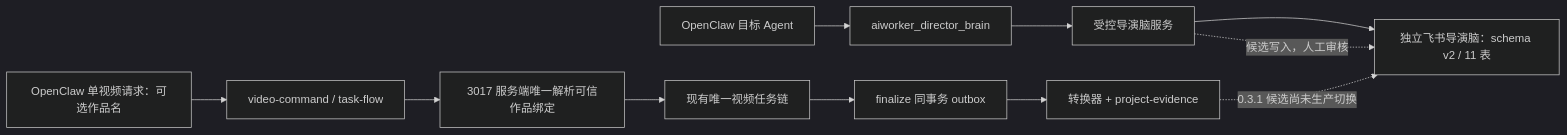
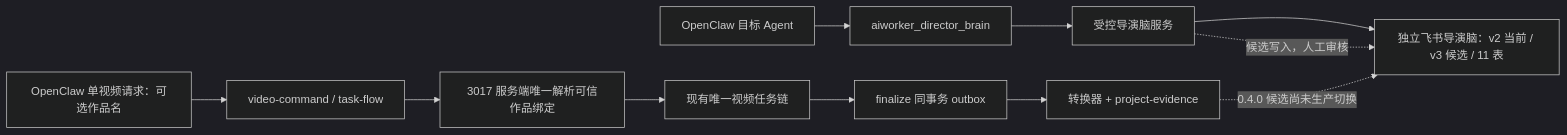
Before and after one commit to MAKingljx/video-autoworker: the first of 2 diagrams in docs/architecture/director-brain.md, drawn with Mermaid (dark theme). The commit also changed other lines of this file and 123 other files, not shown here.

````diff
--- a/docs/architecture/director-brain.md
+++ b/docs/architecture/director-brain.md
@@ -60,13 +62,13 @@
 ```mermaid
 flowchart LR
   U["OpenClaw 目标 Agent"] --> T["aiworker_director_brain"]
   T --> S["受控导演脑服务"]
-  S --> B["独立飞书导演脑：schema v2 / 11 表"]
+  S --> B["独立飞书导演脑：v2 当前 / v3 候选 / 11 表"]
   S -. "候选写入，人工审核" .-> B
   Q["OpenClaw 单视频请求：可选作品名"] --> V["video-command / task-flow"]
   V --> R["3017 服务端唯一解析可信作品绑定"]
   R --> N["现有唯一视频任务链"]
   N --> O["finalize 同事务 outbox"]
   O --> P["转换器 + project-evidence"]
-  P -. "0.3.1 候选尚未生产切换" .-> B
+  P -. "0.4.0 候选尚未生产切换" .-> B
 ```
````
